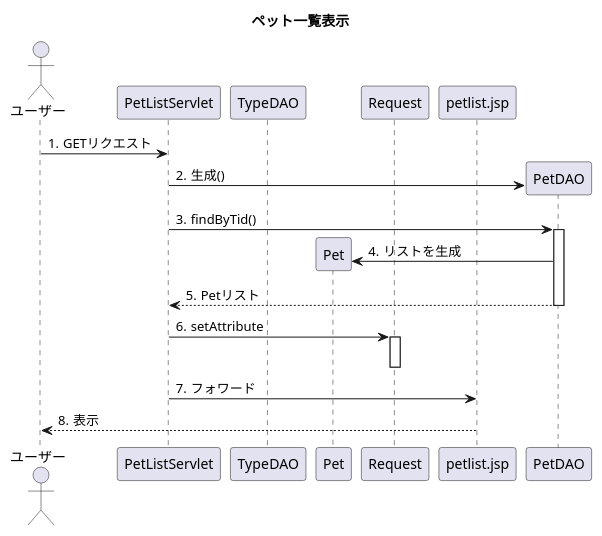
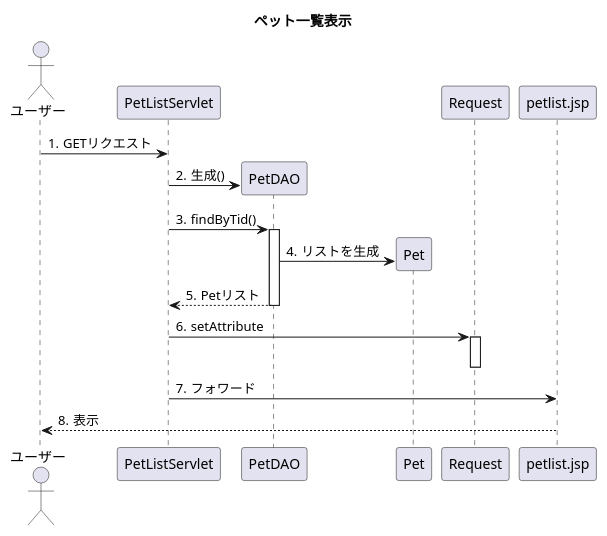
The diagram in detail.uml/seq_petList.pu (Tyamanaka07/WebSystem), drawn with PlantUML before and after one commit.

```diff
--- a/detail.uml/seq_petList.pu
+++ b/detail.uml/seq_petList.pu
@@ -1,21 +1,21 @@
 @startuml
 title ペット一覧表示
 actor ユーザー
 participant PetListServlet
-participant TypeDAO
+participant PetDAO
 participant Pet
 participant Request
 participant petlist.jsp
 autonumber "#."
 
 ユーザー->PetListServlet:GETリクエスト
 PetListServlet->PetDAO**:生成()
 PetListServlet->PetDAO++:findByTid()
 PetDAO->Pet**:リストを生成
 PetDAO-->PetListServlet--:Petリスト
 PetListServlet->Request++:setAttribute
 Request--
 PetListServlet->petlist.jsp:フォワード
 petlist.jsp-->ユーザー:表示
 
 @enduml
```
